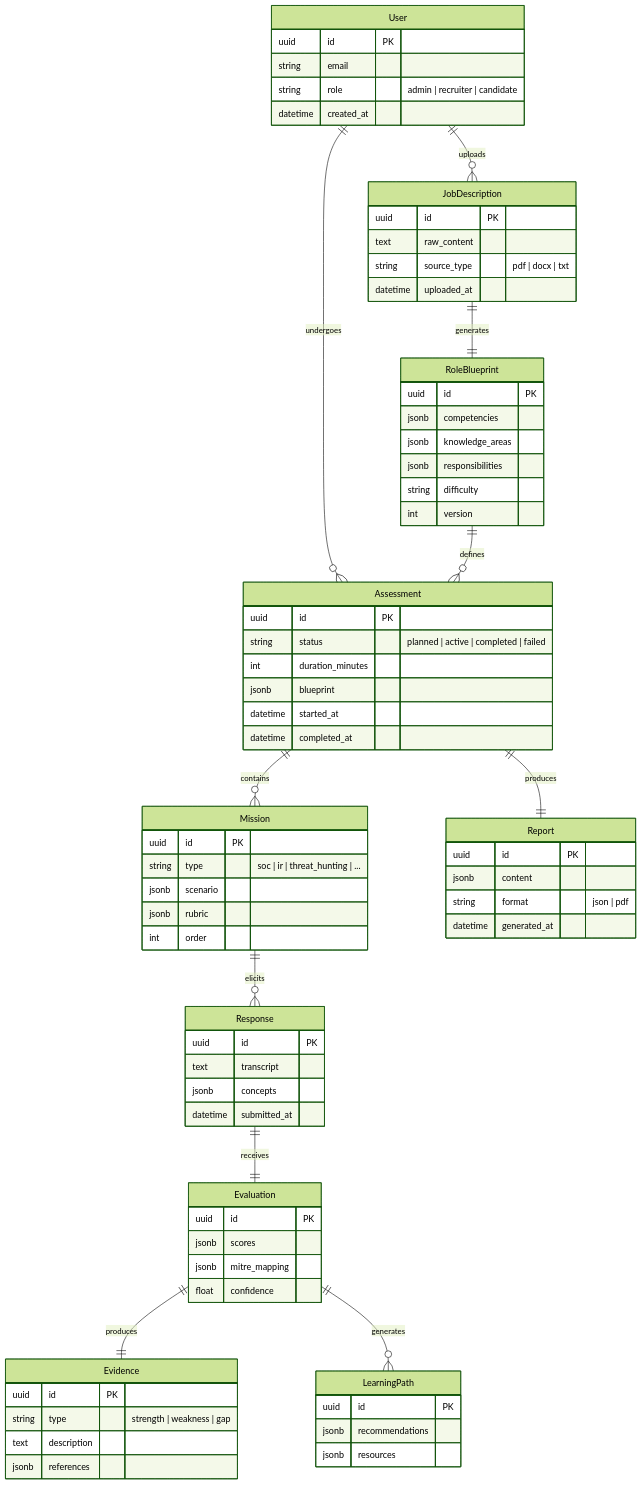
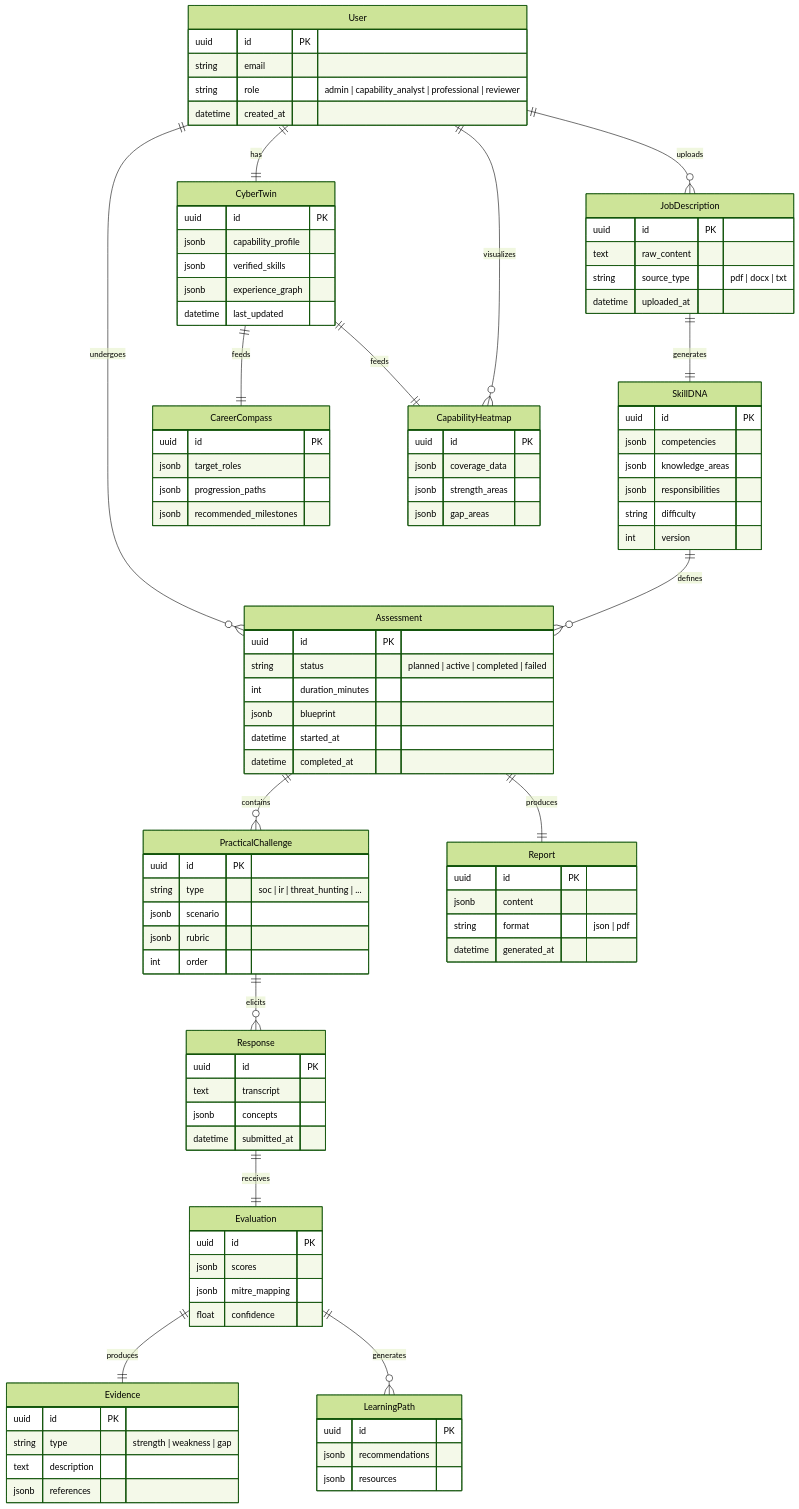
One commit to BL4CK-0PS/AegisIQ changed the seventh of 13 diagrams in README.md. Above: the diagram before and after it, drawn with Mermaid (forest theme). The commit also changed other lines of this file and 88 other files, not shown here.

First line of the commit message:
docs: enhance all 40 docs with Mermaid diagrams and Related Documents

````diff
--- a/README.md
+++ b/README.md
@@ -400,19 +445,23 @@
 erDiagram
     User ||--o{ Assessment : "undergoes"
     User ||--o{ JobDescription : "uploads"
-    JobDescription ||--|| RoleBlueprint : "generates"
-    RoleBlueprint ||--o{ Assessment : "defines"
-    Assessment ||--o{ Mission : "contains"
+    User ||--|| CyberTwin : "has"
+    JobDescription ||--|| SkillDNA : "generates"
+    SkillDNA ||--o{ Assessment : "defines"
+    Assessment ||--o{ PracticalChallenge : "contains"
     Assessment ||--|| Report : "produces"
-    Mission ||--o{ Response : "elicits"
+    PracticalChallenge ||--o{ Response : "elicits"
     Response ||--|| Evaluation : "receives"
     Evaluation ||--|| Evidence : "produces"
     Evaluation ||--o{ LearningPath : "generates"
+    CyberTwin ||--|| CareerCompass : "feeds"
+    CyberTwin ||--|| CapabilityHeatmap : "feeds"
+    User ||--o{ CapabilityHeatmap : "visualizes"
 
     User {
         uuid id PK
         string email
-        string role "admin | recruiter | candidate"
+        string role "admin | capability_analyst | professional | reviewer"
         datetime created_at
     }
 
@@ -423,7 +472,7 @@
         datetime uploaded_at
     }
 
-    RoleBlueprint {
+    SkillDNA {
         uuid id PK
         jsonb competencies
         jsonb knowledge_areas
@@ -441,7 +490,7 @@
         datetime completed_at
     }
 
-    Mission {
+    PracticalChallenge {
         uuid id PK
         string type "soc | ir | threat_hunting | ..."
         jsonb scenario
@@ -482,4 +531,26 @@
         jsonb recommendations
         jsonb resources
     }
+
+    CyberTwin {
+        uuid id PK
+        jsonb capability_profile
+        jsonb verified_skills
+        jsonb experience_graph
+        datetime last_updated
+    }
+
+    CapabilityHeatmap {
+        uuid id PK
+        jsonb coverage_data
+        jsonb strength_areas
+        jsonb gap_areas
+    }
+
+    CareerCompass {
+        uuid id PK
+        jsonb target_roles
+        jsonb progression_paths
+        jsonb recommended_milestones
+    }
 ```
````
